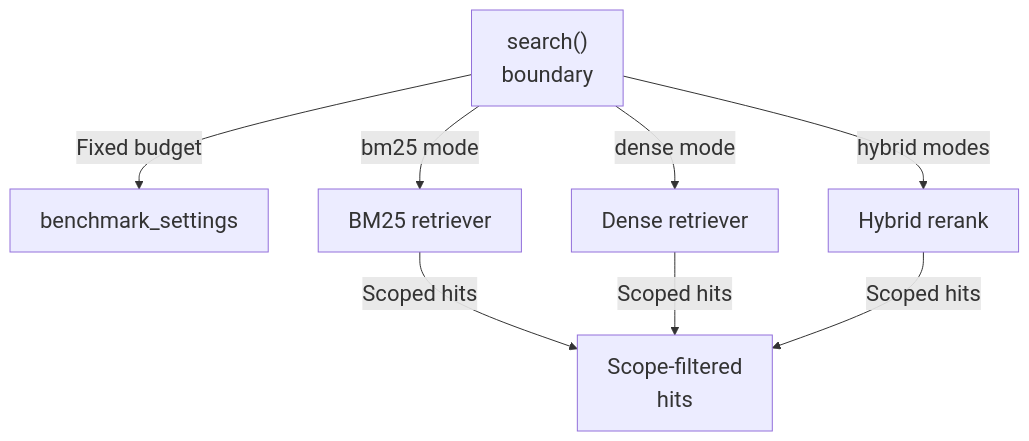
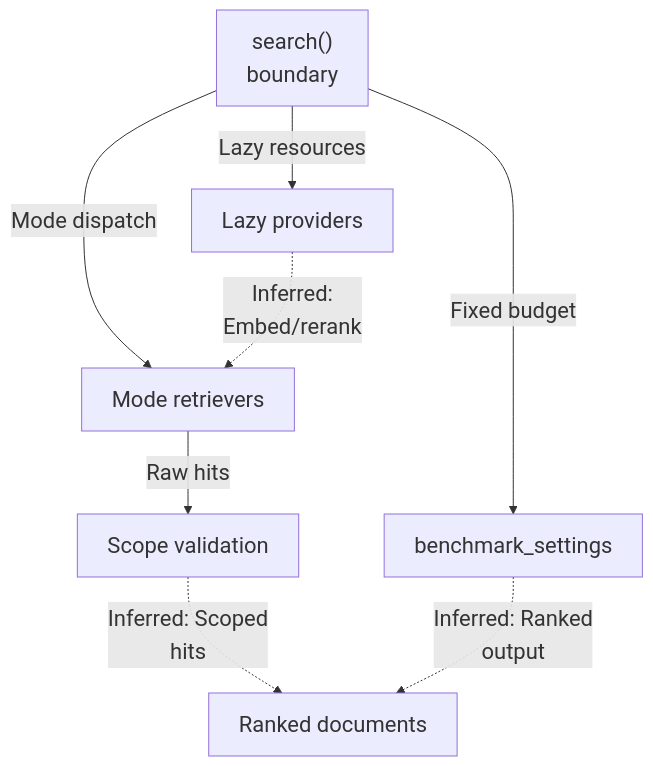
The diagram in maps/evaluation/diagram-04.mmd (Justin-Mendoza/Afterclass), drawn with Mermaid before and after one commit. The commit also changed 88 other files, not shown here.

```diff
--- a/maps/evaluation/diagram-04.mmd
+++ b/maps/evaluation/diagram-04.mmd
@@ -1,15 +1,15 @@
 %%{init: {"themeVariables": {"fontSize": "22px"}}}%%
 flowchart TD
   n0["search()<br/>boundary"]
   n1["benchmark_settings"]
-  n2["BM25 retriever"]
-  n3["Dense retriever"]
-  n4["Hybrid rerank"]
-  n5["Scope-filtered<br/>hits"]
+  n2["Lazy providers"]
+  n3["Mode retrievers"]
+  n4["Scope validation"]
+  n5["Ranked documents"]
   n0 -->|"Fixed budget"| n1
-  n0 -->|"bm25 mode"| n2
-  n0 -->|"dense mode"| n3
-  n0 -->|"hybrid modes"| n4
-  n2 -->|"Scoped hits"| n5
-  n3 -->|"Scoped hits"| n5
-  n4 -->|"Scoped hits"| n5
+  n0 -->|"Lazy resources"| n2
+  n0 -->|"Mode dispatch"| n3
+  n2 -.->|"Inferred:<br/>Embed/rerank"| n3
+  n3 -->|"Raw hits"| n4
+  n4 -.->|"Inferred: Scoped<br/>hits"| n5
+  n1 -.->|"Inferred: Ranked<br/>output"| n5
```
